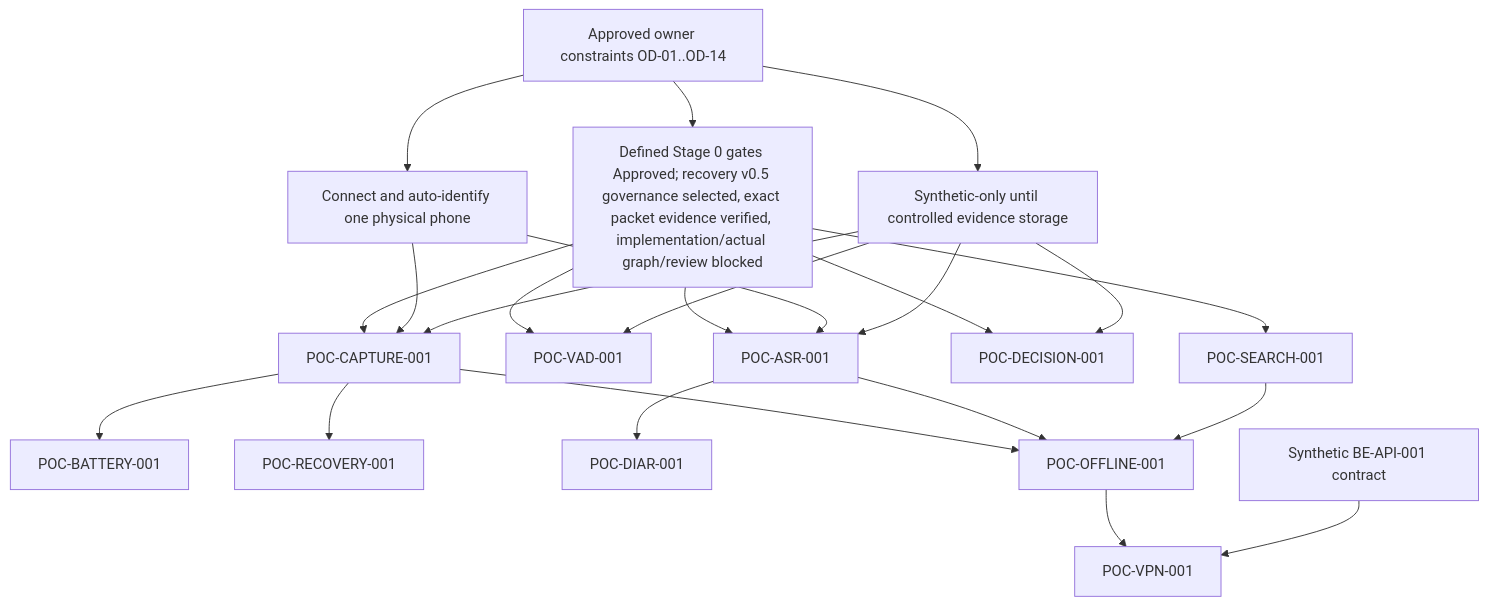
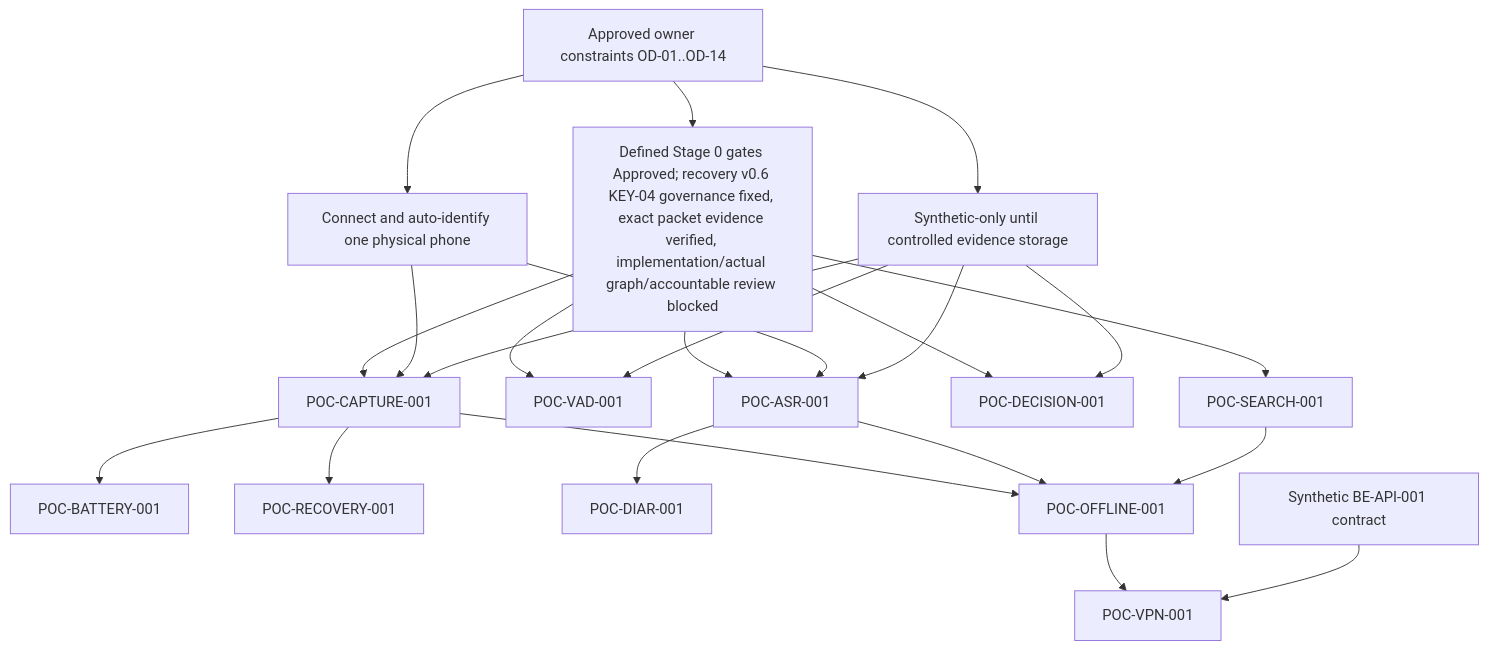
One commit to Monumentogram/DORA changed the diagram in docs/stage0/DORA_MVP1_POC_EXECUTION_ORDER.md. Above: the diagram before and after it, drawn with Mermaid. The commit also changed other lines of this file and 28 other files, not shown here.

First line of the commit message:
[Stage 0D] POC-RECOVERY-001 v0.6 exact KEY-04 governance fix (#12)

````diff
--- a/docs/stage0/DORA_MVP1_POC_EXECUTION_ORDER.md
+++ b/docs/stage0/DORA_MVP1_POC_EXECUTION_ORDER.md
@@ -34,25 +34,25 @@
 ```mermaid
 flowchart TD
-    O["Approved owner constraints OD-01..OD-14"] --> G["Defined Stage 0 gates Approved; recovery v0.5 governance selected, exact packet evidence verified, implementation/actual graph/review blocked"]
+    O["Approved owner constraints OD-01..OD-14"] --> G["Defined Stage 0 gates Approved; recovery v0.6 KEY-04 governance fixed, exact packet evidence verified, implementation/actual graph/accountable review blocked"]
     O --> D["Connect and auto-identify one physical phone"]
     O --> C["Synthetic-only until controlled evidence storage"]
     G --> CAP["POC-CAPTURE-001"]
     D --> CAP
     C --> CAP
     CAP --> BAT["POC-BATTERY-001"]
     CAP --> REC["POC-RECOVERY-001"]
     G --> VAD["POC-VAD-001"]
     C --> VAD
     G --> ASR["POC-ASR-001"]
     D --> ASR
     C --> ASR
     ASR --> DIAR["POC-DIAR-001"]
     G --> DEC["POC-DECISION-001"]
     C --> DEC
     G --> SEARCH["POC-SEARCH-001"]
     CAP --> OFF["POC-OFFLINE-001"]
     ASR --> OFF
     SEARCH --> OFF
     OFF --> VPN["POC-VPN-001"]
     API["Synthetic BE-API-001 contract"] --> VPN
 ```
````
